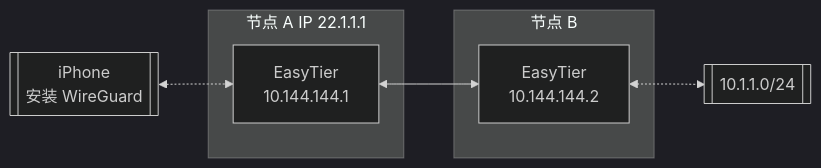
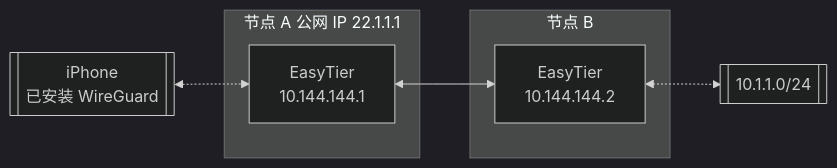
Before and after one commit to Detachment-x/PactMesh: the second of 2 diagrams in README_CN.md, drawn with Mermaid (dark theme). The commit also changed other lines of this file and 7 other files, not shown here.

````diff
--- a/README_CN.md
+++ b/README_CN.md
@@ -258,17 +224,17 @@
 ```mermaid
 flowchart LR
 
-ios[[iPhone \n 安装 WireGuard]]
+ios[[iPhone<br/>已安装 WireGuard]]
 
-subgraph 节点 A IP 22.1.1.1
-nodea[EasyTier\n10.144.144.1]
+subgraph 节点 A 公网 IP 22.1.1.1
+nodea[EasyTier<br/>10.144.144.1]
 end
 
 subgraph 节点 B
-nodeb[EasyTier\n10.144.144.2]
+nodeb[EasyTier<br/>10.144.144.2]
 end
 
 id1[[10.1.1.0/24]]
 
 ios <-.-> nodea <--> nodeb <-.-> id1
 ```
````
